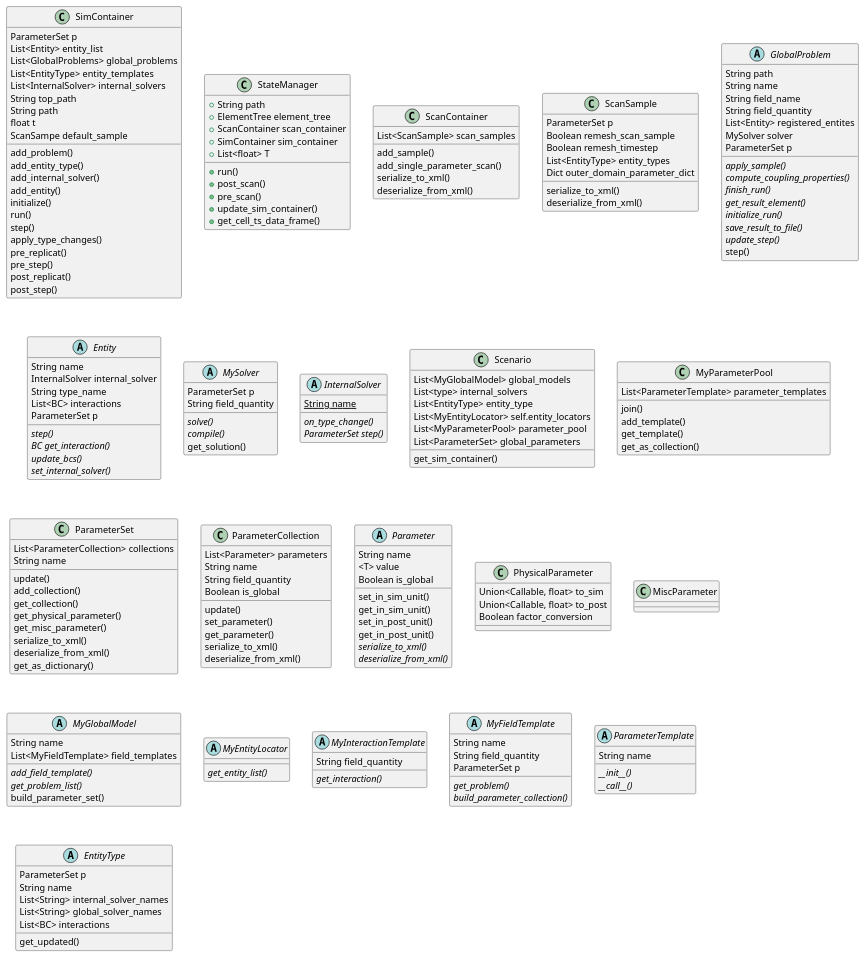
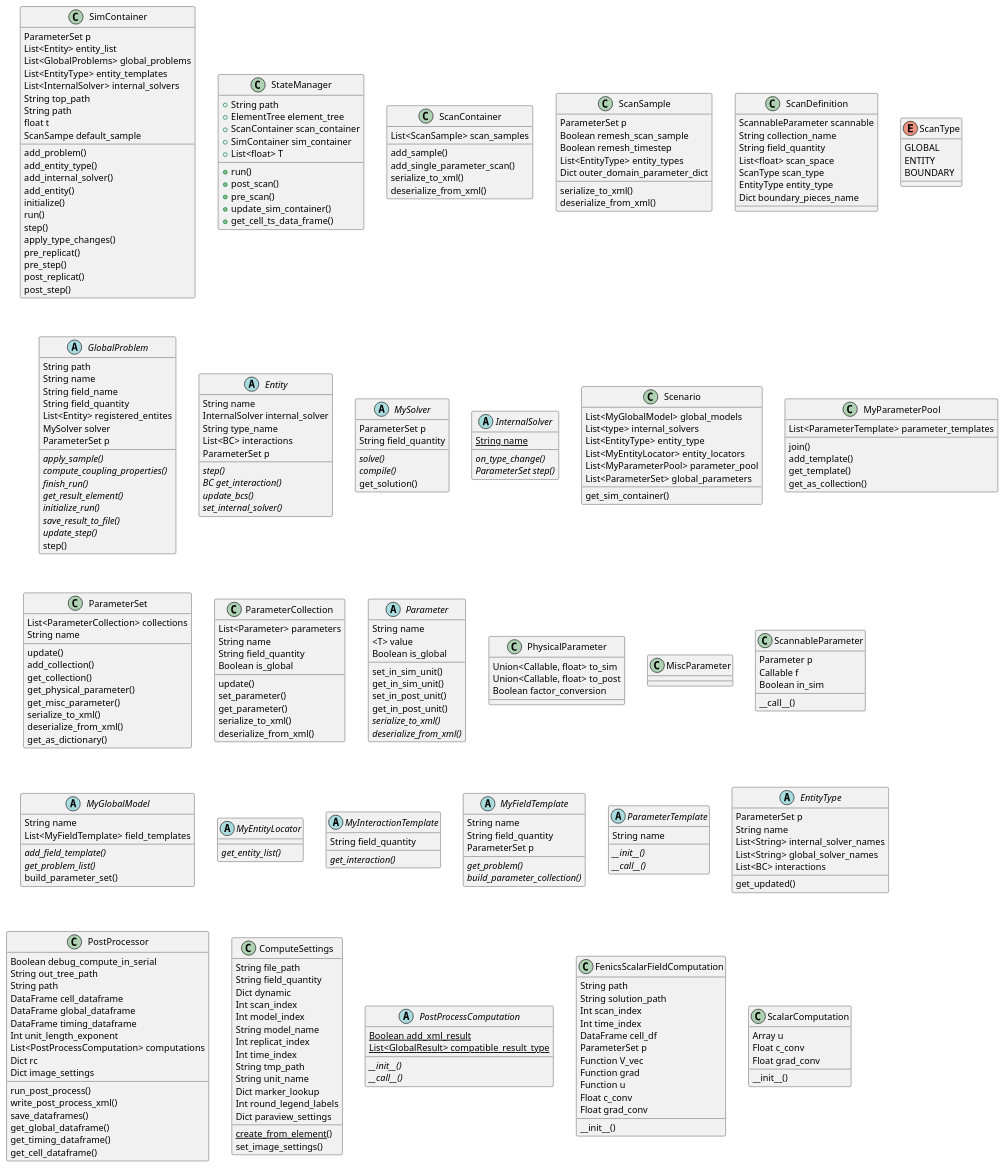
One commit to lukaskiwitz/thesis changed the diagram in docsrc/source/guide/chapters/puml_src/classes.puml. Above: the diagram before and after it, drawn with PlantUML. The commit also changed 10 other files, not shown here.

```diff
--- a/docsrc/source/guide/chapters/puml_src/classes.puml
+++ b/docsrc/source/guide/chapters/puml_src/classes.puml
@@ -62,6 +62,22 @@
         Dict outer_domain_parameter_dict
     }
 
+    class ScanDefinition {
+
+        ScannableParameter scannable
+        String collection_name
+        String field_quantity
+        List<float> scan_space
+        ScanType scan_type
+        EntityType entity_type
+        Dict boundary_pieces_name
+    }
+    enum ScanType {
+        GLOBAL
+        ENTITY
+        BOUNDARY
+    }
+
     abstract class GlobalProblem {
          {abstract} apply_sample()
          {abstract} compute_coupling_properties()
@@ -115,7 +131,7 @@
         List<MyGlobalModel> global_models
         List<type> internal_solvers
         List<EntityType> entity_type
-        List<MyEntityLocator> self.entity_locators
+        List<MyEntityLocator> entity_locators
         List<MyParameterPool> parameter_pool
         List<ParameterSet> global_parameters
     }
@@ -184,6 +200,15 @@
 
     }
 
+    class ScannableParameter {
+
+        __call__()
+
+        Parameter p
+        Callable f
+        Boolean in_sim
+
+    }
 
 
     abstract class MyGlobalModel{
@@ -230,4 +255,85 @@
         List<BC> interactions
     }
 
+    class PostProcessor {
+
+        run_post_process()
+        write_post_process_xml()
+        save_dataframes()
+        get_global_dataframe()
+        get_timing_dataframe()
+        get_cell_dataframe()
+
+        Boolean debug_compute_in_serial
+        String out_tree_path
+        String path
+        DataFrame cell_dataframe
+        DataFrame global_dataframe
+        DataFrame timing_dataframe
+        Int unit_length_exponent
+        List<PostProcessComputation> computations
+        Dict rc
+        Dict image_settings
+
+    }
+
+    class ComputeSettings{
+
+        {static} create_from_element()
+        set_image_settings()
+
+        String file_path
+        String field_quantity
+        Dict dynamic
+        Int scan_index
+        Int model_index
+        String model_name
+        Int replicat_index
+        Int time_index
+        String tmp_path
+        String unit_name
+        Dict marker_lookup
+        Int round_legend_labels
+        Dict paraview_settings
+
+
+    }
+
+
+    abstract class PostProcessComputation {
+
+        {abstract} __init__()
+        {abstract} __call__()
+
+        {static} Boolean add_xml_result
+        {static} List<GlobalResult> compatible_result_type
+
+    }
+
+    class FenicsScalarFieldComputation{
+
+        __init__()
+
+        String path
+        String solution_path
+        Int scan_index
+        Int time_index
+        DataFrame cell_df
+        ParameterSet p
+        Function V_vec
+        Function grad
+        Function u
+        Float c_conv
+        Float grad_conv
+    }
+    
+    class ScalarComputation{
+        __init__()
+        
+        Array u
+        Float c_conv
+        Float grad_conv
+    }
+
+
 @enduml
```
